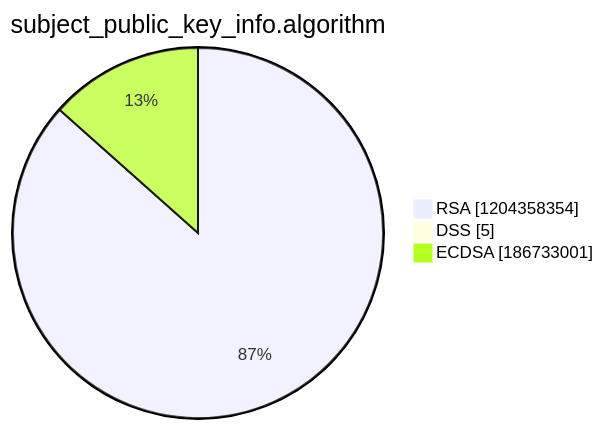
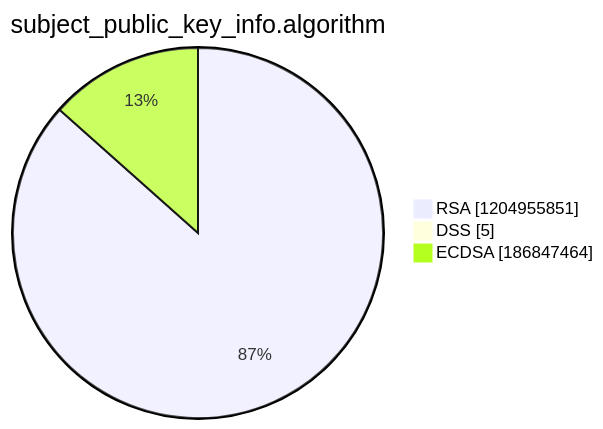
One commit to christiankrug/ctmonitor_visualization changed the third of 15 diagrams in argon2022/README.md. Above: the diagram before and after it, drawn with Mermaid. The commit also changed other lines of this file, not shown here.

````diff
--- a/argon2022/README.md
+++ b/argon2022/README.md
@@ -14,7 +14,7 @@
 ```mermaid
 pie showData
 title subject_public_key_info.algorithm
-"RSA" :1204358354
+"RSA" :1204955851
 "DSS" :5
-"ECDSA" :186733001
+"ECDSA" :186847464
 ```
````
